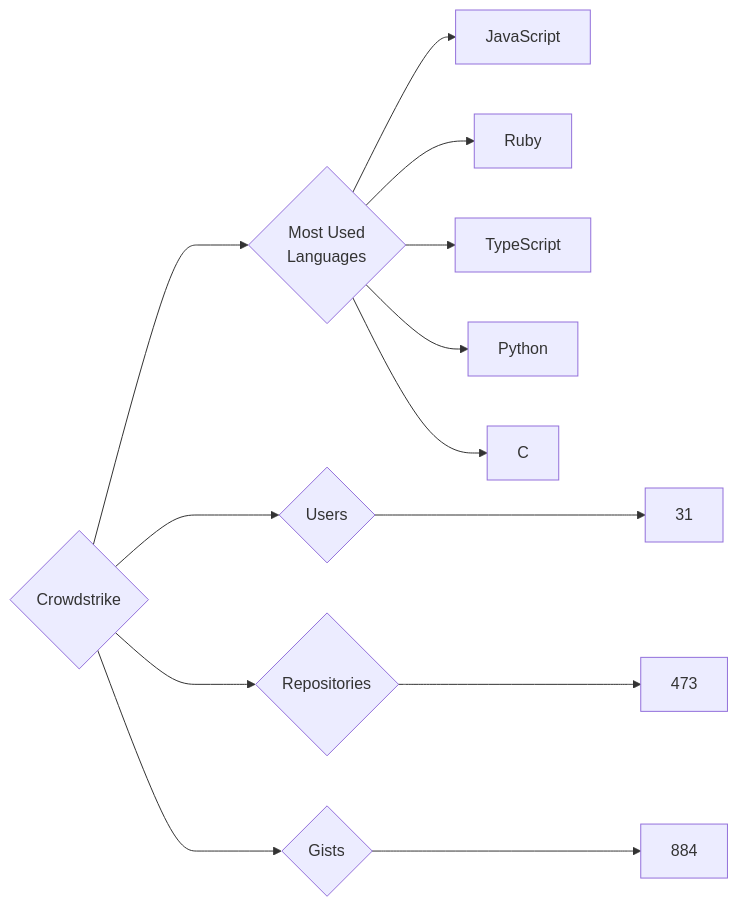
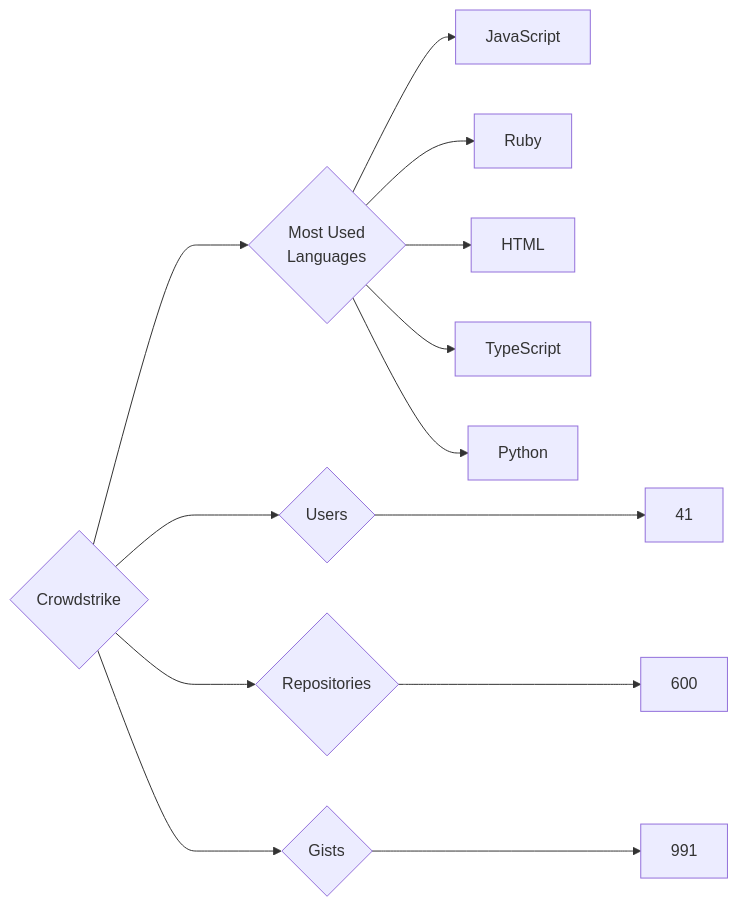
One commit to trickest/insiders changed the diagram in targets/Crowdstrike/README.md. Above: the diagram before and after it, drawn with Mermaid. The commit also changed 773 other files, not shown here.

````diff
--- a/targets/Crowdstrike/README.md
+++ b/targets/Crowdstrike/README.md
@@ -3,13 +3,13 @@
 ```mermaid
 graph LR
 COMPANY_NAME{Crowdstrike}
-COMPANY_NAME ---> U{Users} ---> UN[31]
-COMPANY_NAME ---> R{Repositories} ---> RN[473]
-COMPANY_NAME ---> G{Gists} ---> GN[884]
+COMPANY_NAME ---> U{Users} ---> UN[41]
+COMPANY_NAME ---> R{Repositories} ---> RN[600]
+COMPANY_NAME ---> G{Gists} ---> GN[991]
 COMPANY_NAME ---> ML{Most Used<br>Languages}
 ML --> JavaScript[JavaScript]
 ML --> Ruby[Ruby]
+ML --> HTML[HTML]
 ML --> TypeScript[TypeScript]
 ML --> Python[Python]
-ML --> C[C]
 ```
````
